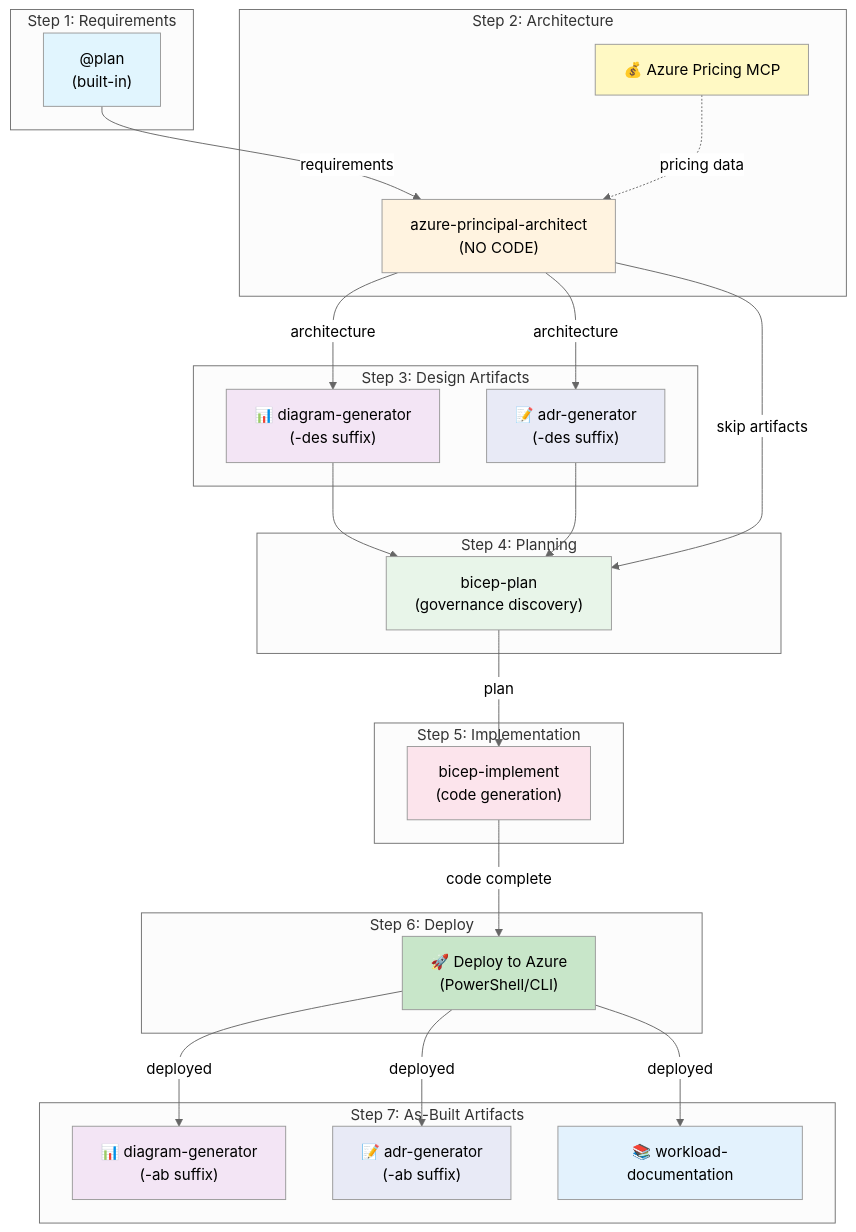
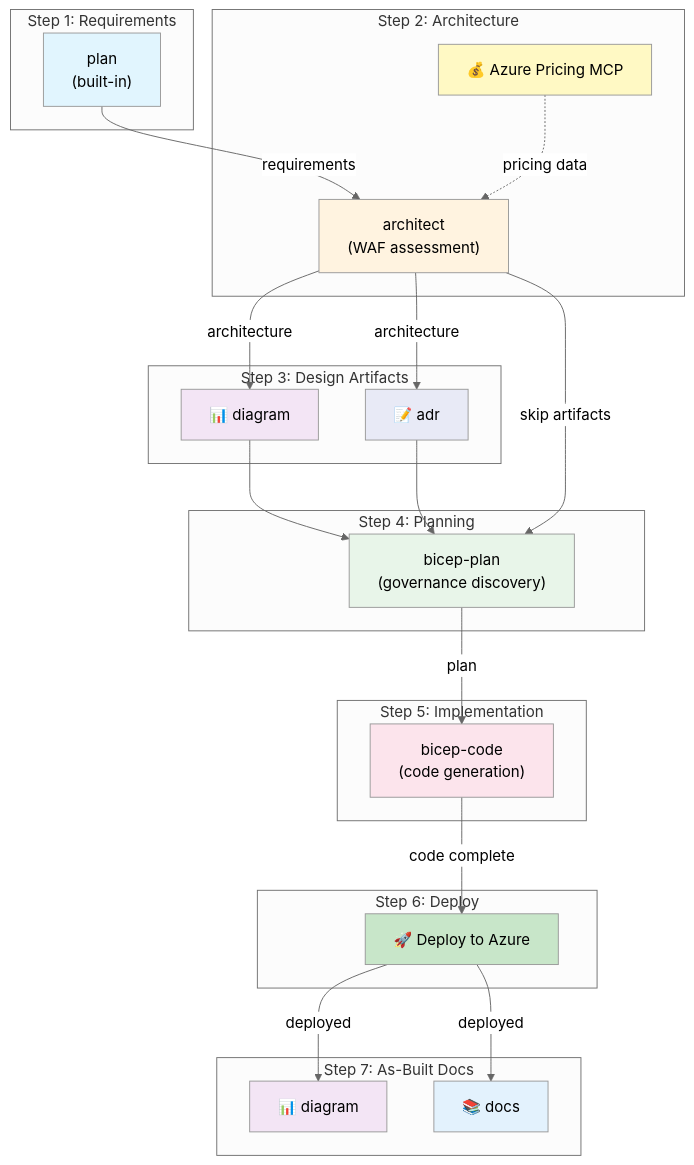
One commit to jonathan-vella/azure-agentic-infraops-workshop changed the second of 2 diagrams in README.md. Above: the diagram before and after it, drawn with Mermaid. The commit also changed other lines of this file and 5 other files, not shown here.

````diff
--- a/README.md
+++ b/README.md
@@ -46,60 +189,57 @@
 ```mermaid
 %%{init: {'theme':'neutral'}}%%
 graph TB
     subgraph "Step 1: Requirements"
-        P["@plan<br/>(built-in)"]
+        P["plan<br/>(built-in)"]
     end
 
     subgraph "Step 2: Architecture"
-        A["azure-principal-architect<br/>(NO CODE)"]
+        A["architect<br/>(WAF assessment)"]
         MCP["💰 Azure Pricing MCP"]
     end
 
     subgraph "Step 3: Design Artifacts"
-        D["📊 diagram-generator<br/>(-des suffix)"]
-        ADR1["📝 adr-generator<br/>(-des suffix)"]
+        D["📊 diagram"]
+        ADR1["📝 adr"]
     end
 
     subgraph "Step 4: Planning"
         B["bicep-plan<br/>(governance discovery)"]
     end
 
     subgraph "Step 5: Implementation"
-        I["bicep-implement<br/>(code generation)"]
+        I["bicep-code<br/>(code generation)"]
     end
 
     subgraph "Step 6: Deploy"
-        DEP["🚀 Deploy to Azure<br/>(PowerShell/CLI)"]
+        DEP["🚀 Deploy to Azure"]
     end
 
-    subgraph "Step 7: As-Built Artifacts"
-        D2["📊 diagram-generator<br/>(-ab suffix)"]
-        ADR2["📝 adr-generator<br/>(-ab suffix)"]
-        WL["📚 workload-documentation"]
+    subgraph "Step 7: As-Built Docs"
+        D2["📊 diagram"]
+        WL["📚 docs"]
     end
 
     P -->|"requirements"| A
     MCP -.->|"pricing data"| A
     A -->|"architecture"| D
     A -->|"architecture"| ADR1
     D --> B
     ADR1 --> B
     A -->|"skip artifacts"| B
     B -->|"plan"| I
     I -->|"code complete"| DEP
     DEP -->|"deployed"| D2
-    DEP -->|"deployed"| ADR2
     DEP -->|"deployed"| WL
 
     style P fill:#e1f5fe
     style A fill:#fff3e0
     style MCP fill:#fff9c4
     style D fill:#f3e5f5
     style ADR1 fill:#e8eaf6
     style B fill:#e8f5e9
     style I fill:#fce4ec
     style DEP fill:#c8e6c9
     style D2 fill:#f3e5f5
-    style ADR2 fill:#e8eaf6
     style WL fill:#e3f2fd
 ```
````
